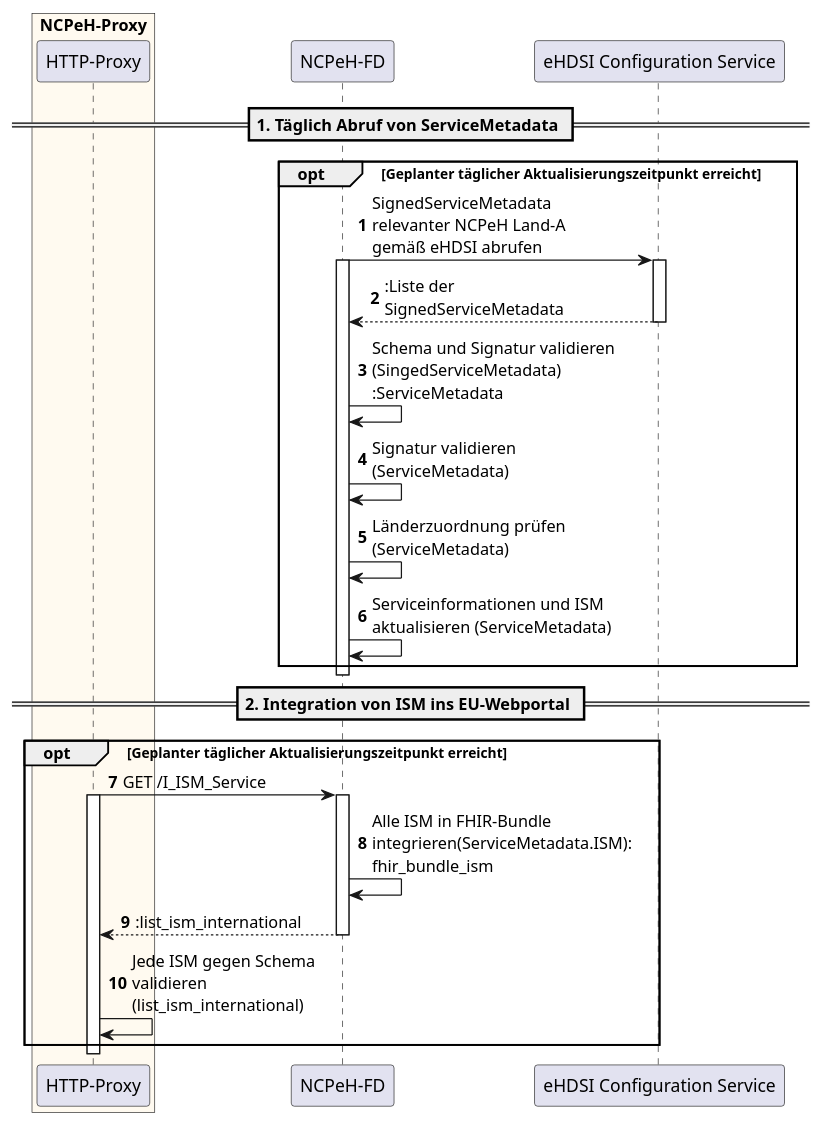
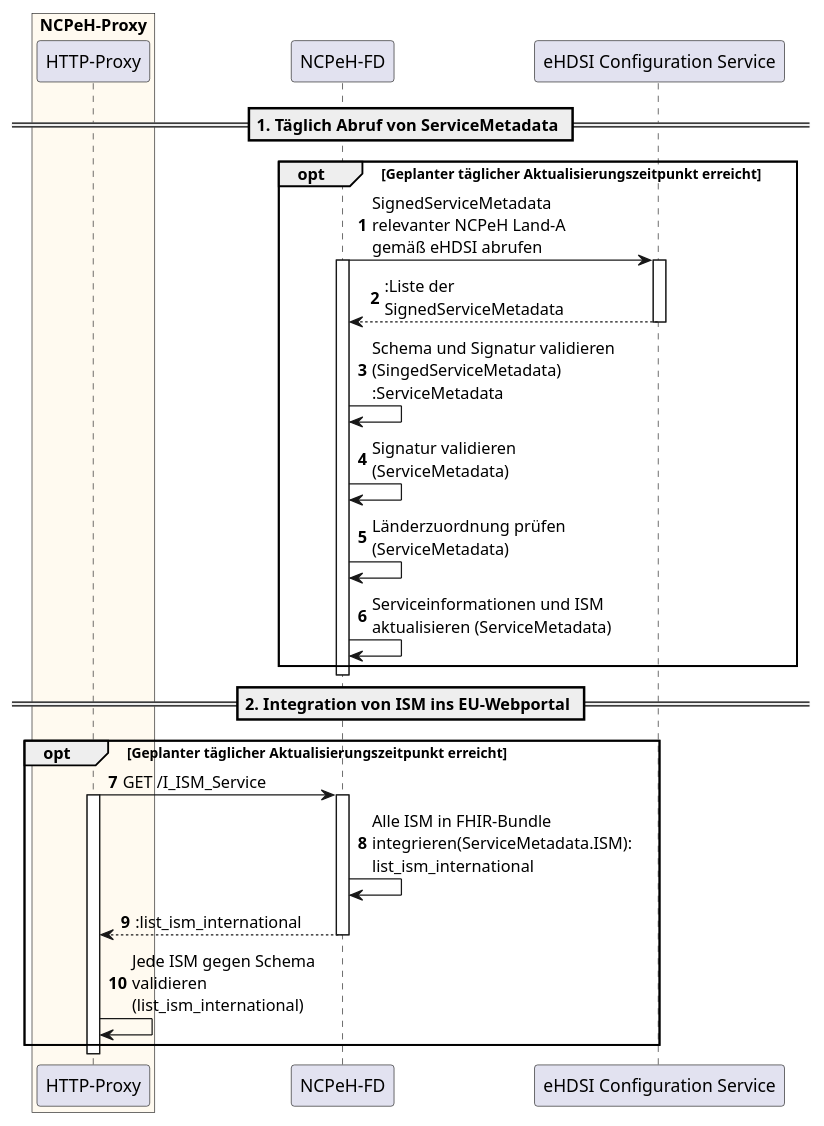
The diagram in src/images/eped-b/functional/ISM_bereitstellen.puml (gematik/api-ncpeh), drawn with PlantUML before and after one commit. The commit also changed 1 other file, not shown here.

```diff
--- a/src/images/eped-b/functional/ISM_bereitstellen.puml
+++ b/src/images/eped-b/functional/ISM_bereitstellen.puml
@@ -1,42 +1,42 @@
 @startuml ISM bereiststellen
 
 skinparam maxMessageSize 200
 autonumber
 
 box "NCPeH-Proxy" #FloralWhite
     participant "HTTP-Proxy" as Proxy
 end box
 participant "NCPeH-FD" as NCPeH
 participant "eHDSI Configuration Service" as ConfServ
 
 == 1. Täglich Abruf von ServiceMetadata ==
 opt Geplanter täglicher Aktualisierungszeitpunkt erreicht
     NCPeH -> ConfServ: SignedServiceMetadata relevanter NCPeH Land-A gemäß eHDSI abrufen
     activate NCPeH 
     activate ConfServ
 
     ConfServ --> NCPeH: :Liste der SignedServiceMetadata
     deactivate ConfServ
 
     NCPeH -> NCPeH: Schema und Signatur validieren (SingedServiceMetadata) :ServiceMetadata
     NCPeH -> NCPeH: Signatur validieren (ServiceMetadata)
     NCPeH -> NCPeH: Länderzuordnung prüfen (ServiceMetadata)
     NCPeH -> NCPeH: Serviceinformationen und ISM aktualisieren (ServiceMetadata)
 end
 deactivate NCPeH
 
 == 2. Integration von ISM ins EU-Webportal ==
 opt Geplanter täglicher Aktualisierungszeitpunkt erreicht
     
     
     Proxy -> NCPeH: GET /I_ISM_Service
     activate Proxy
     activate NCPeH
-    NCPeH -> NCPeH: Alle ISM in FHIR-Bundle integrieren(ServiceMetadata.ISM): fhir_bundle_ism
+    NCPeH -> NCPeH: Alle ISM in FHIR-Bundle integrieren(ServiceMetadata.ISM): list_ism_international
     NCPeH --> Proxy: :list_ism_international
     deactivate NCPeH
     Proxy -> Proxy: Jede ISM gegen Schema validieren (list_ism_international)
 end
 deactivate Proxy
 
 @enduml
```
